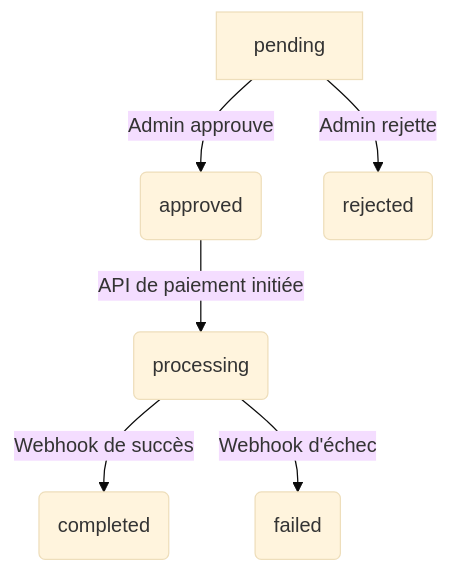
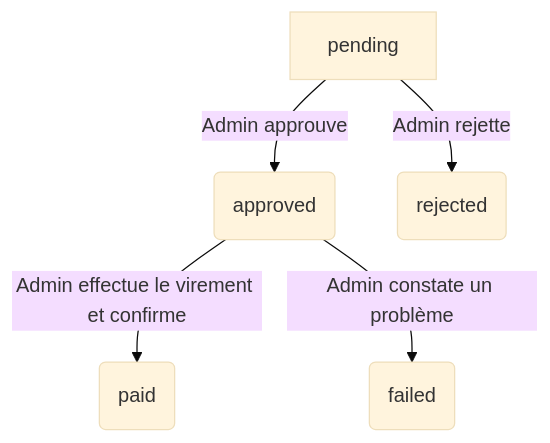
The diagram in doc/technical_sheets/withdrawal_lifecycle.md (Ganngann/pifpaf2), drawn with Mermaid (base theme) before and after one commit. The commit also changed other lines of this file and 4 other files, not shown here.

````diff
--- a/doc/technical_sheets/withdrawal_lifecycle.md
+++ b/doc/technical_sheets/withdrawal_lifecycle.md
@@ -35,8 +34,7 @@
 ```mermaid
 graph TD
     A[pending] -->|Admin approuve| B(approved);
     A -->|Admin rejette| C(rejected);
-    B -->|API de paiement initiée| D(processing);
-    D -->|Webhook de succès| E(completed);
-    D -->|Webhook d'échec| F(failed);
+    B -->|Admin effectue le virement et confirme| D(paid);
+    B -->|Admin constate un problème| E(failed);
 ```
````
